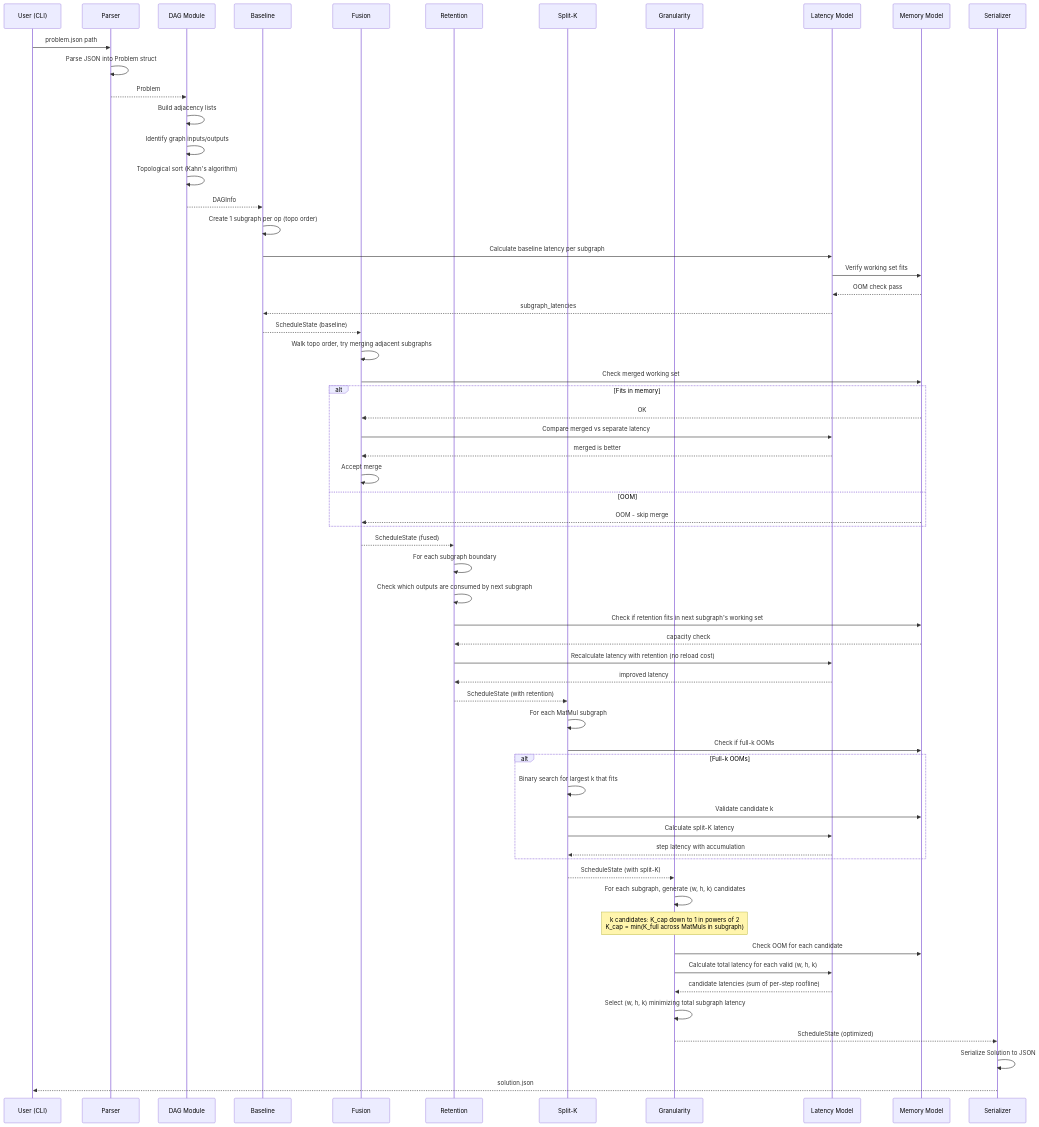
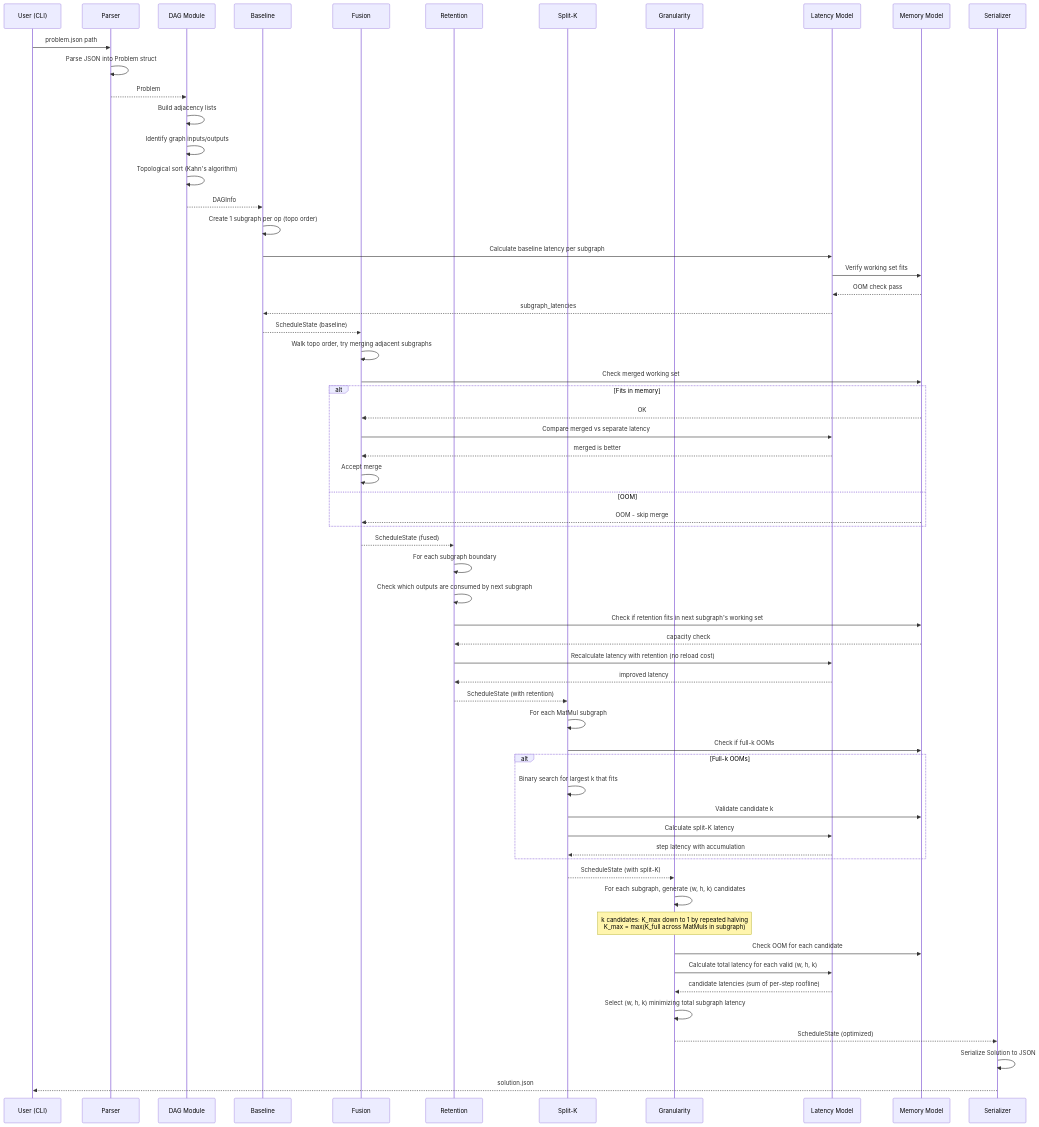
Before and after one commit to melroyanthony/MLSys: the first of 4 diagrams in solution/docs/architecture/data-flow.md, drawn with Mermaid. The commit also changed other lines of this file and 10 other files, not shown here.

````diff
--- a/solution/docs/architecture/data-flow.md
+++ b/solution/docs/architecture/data-flow.md
@@ -5,71 +5,71 @@
 ```mermaid
 sequenceDiagram
     participant U as User (CLI)
     participant P as Parser
     participant D as DAG Module
     participant B as Baseline
     participant F as Fusion
     participant R as Retention
     participant S as Split-K
     participant G as Granularity
     participant L as Latency Model
     participant M as Memory Model
     participant W as Serializer
 
     U->>P: problem.json path
     P->>P: Parse JSON into Problem struct
     P-->>D: Problem
 
     D->>D: Build adjacency lists
     D->>D: Identify graph inputs/outputs
     D->>D: Topological sort (Kahn's algorithm)
     D-->>B: DAGInfo
 
     B->>B: Create 1 subgraph per op (topo order)
     B->>L: Calculate baseline latency per subgraph
     L->>M: Verify working set fits
     M-->>L: OOM check pass
     L-->>B: subgraph_latencies
     B-->>F: ScheduleState (baseline)
 
     F->>F: Walk topo order, try merging adjacent subgraphs
     F->>M: Check merged working set
     alt Fits in memory
         M-->>F: OK
         F->>L: Compare merged vs separate latency
         L-->>F: merged is better
         F->>F: Accept merge
     else OOM
         M-->>F: OOM - skip merge
     end
     F-->>R: ScheduleState (fused)
 
     R->>R: For each subgraph boundary
     R->>R: Check which outputs are consumed by next subgraph
     R->>M: Check if retention fits in next subgraph's working set
     M-->>R: capacity check
     R->>L: Recalculate latency with retention (no reload cost)
     L-->>R: improved latency
     R-->>S: ScheduleState (with retention)
 
     S->>S: For each MatMul subgraph
     S->>M: Check if full-k OOMs
     alt Full-k OOMs
         S->>S: Binary search for largest k that fits
         S->>M: Validate candidate k
         S->>L: Calculate split-K latency
         L-->>S: step latency with accumulation
     end
     S-->>G: ScheduleState (with split-K)
 
     G->>G: For each subgraph, generate (w, h, k) candidates
-    Note over G: k candidates: K_cap down to 1 in powers of 2<br/>K_cap = min(K_full across MatMuls in subgraph)
+    Note over G: k candidates: K_max down to 1 by repeated halving<br/>K_max = max(K_full across MatMuls in subgraph)
     G->>M: Check OOM for each candidate
     G->>L: Calculate total latency for each valid (w, h, k)
     L-->>G: candidate latencies (sum of per-step roofline)
     G->>G: Select (w, h, k) minimizing total subgraph latency
     G-->>W: ScheduleState (optimized)
 
     W->>W: Serialize Solution to JSON
     W-->>U: solution.json
 ```
````
